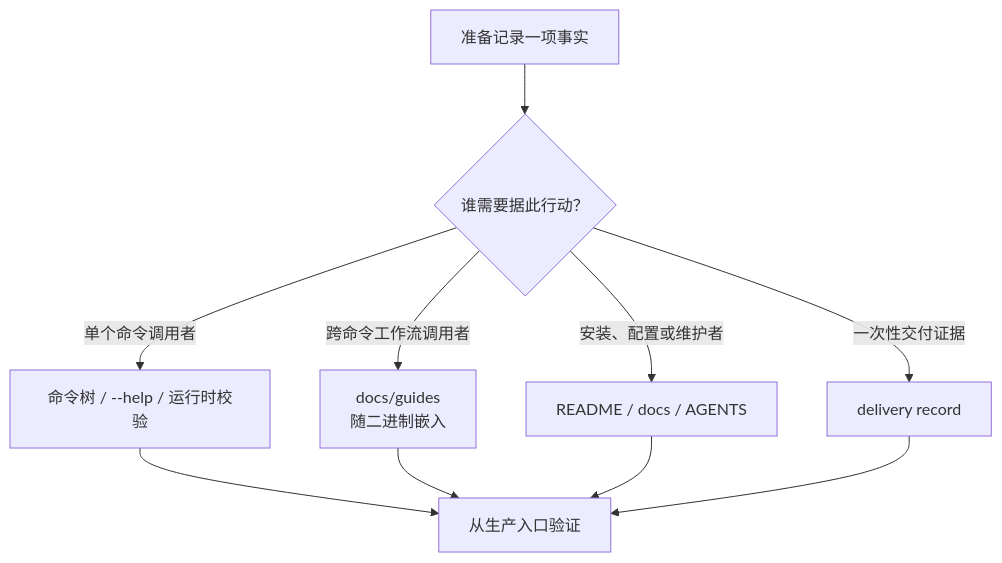
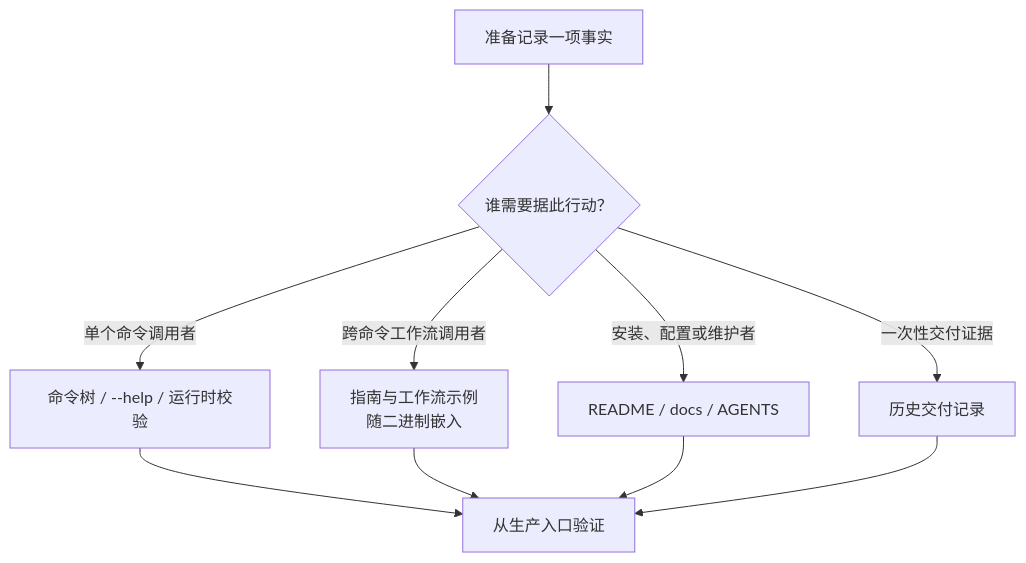
The diagram in AGENTS.md (jihuanshe/linear), drawn with Mermaid before and after one commit. The commit also changed other lines of this file and 72 other files, not shown here.

````diff
--- a/AGENTS.md
+++ b/AGENTS.md
@@ -26,12 +27,12 @@
 ```mermaid
 flowchart TD
   fact["准备记录一项事实"] --> owner{"谁需要据此行动？"}
   owner -->|单个命令调用者| command["命令树 / --help / 运行时校验"]
-  owner -->|跨命令工作流调用者| guide["docs/guides<br/>随二进制嵌入"]
+  owner -->|跨命令工作流调用者| guide["指南与工作流示例<br/>随二进制嵌入"]
   owner -->|安装、配置或维护者| docs["README / docs / AGENTS"]
-  owner -->|一次性交付证据| history["delivery record"]
+  owner -->|一次性交付证据| history["历史交付记录"]
   command --> test["从生产入口验证"]
   guide --> test
   docs --> test
   history --> test
 ```
````
